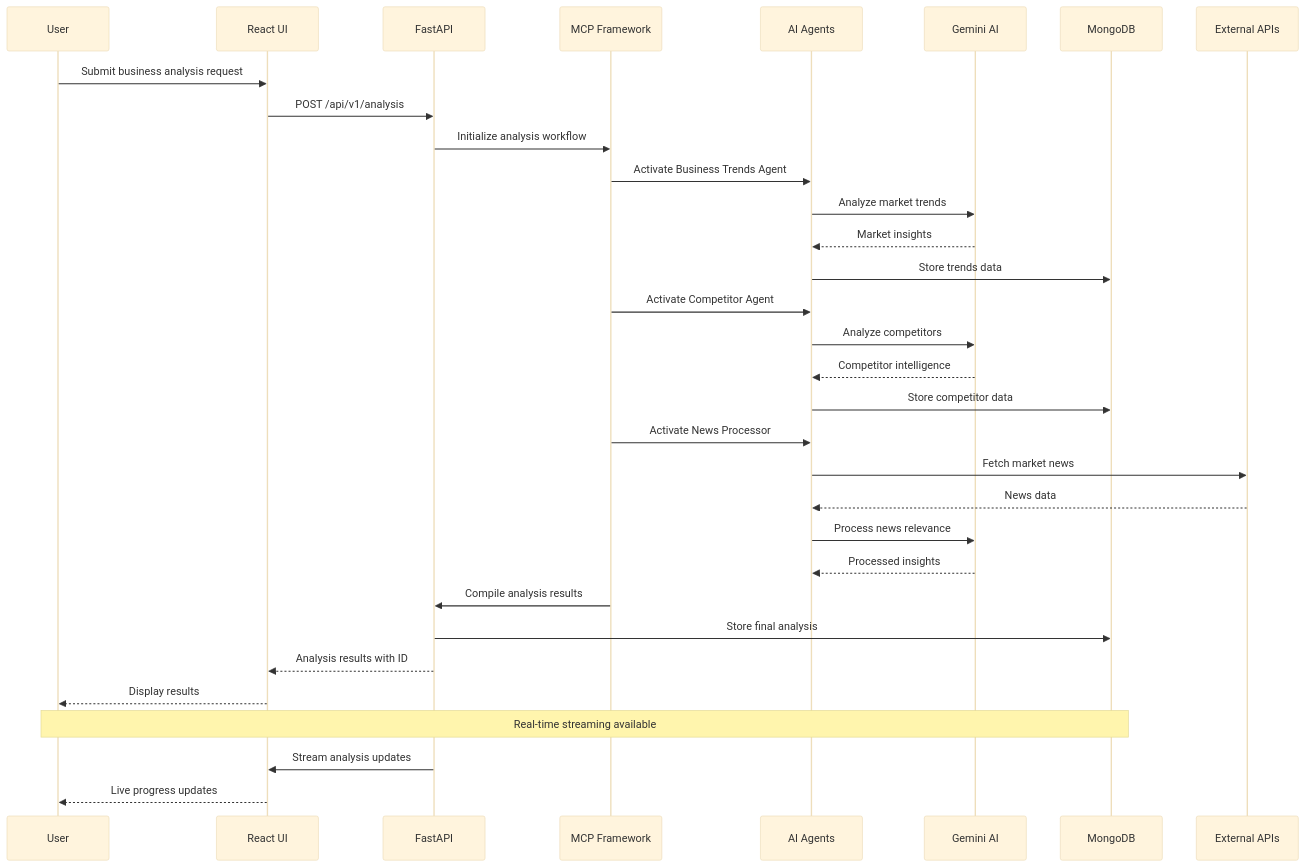
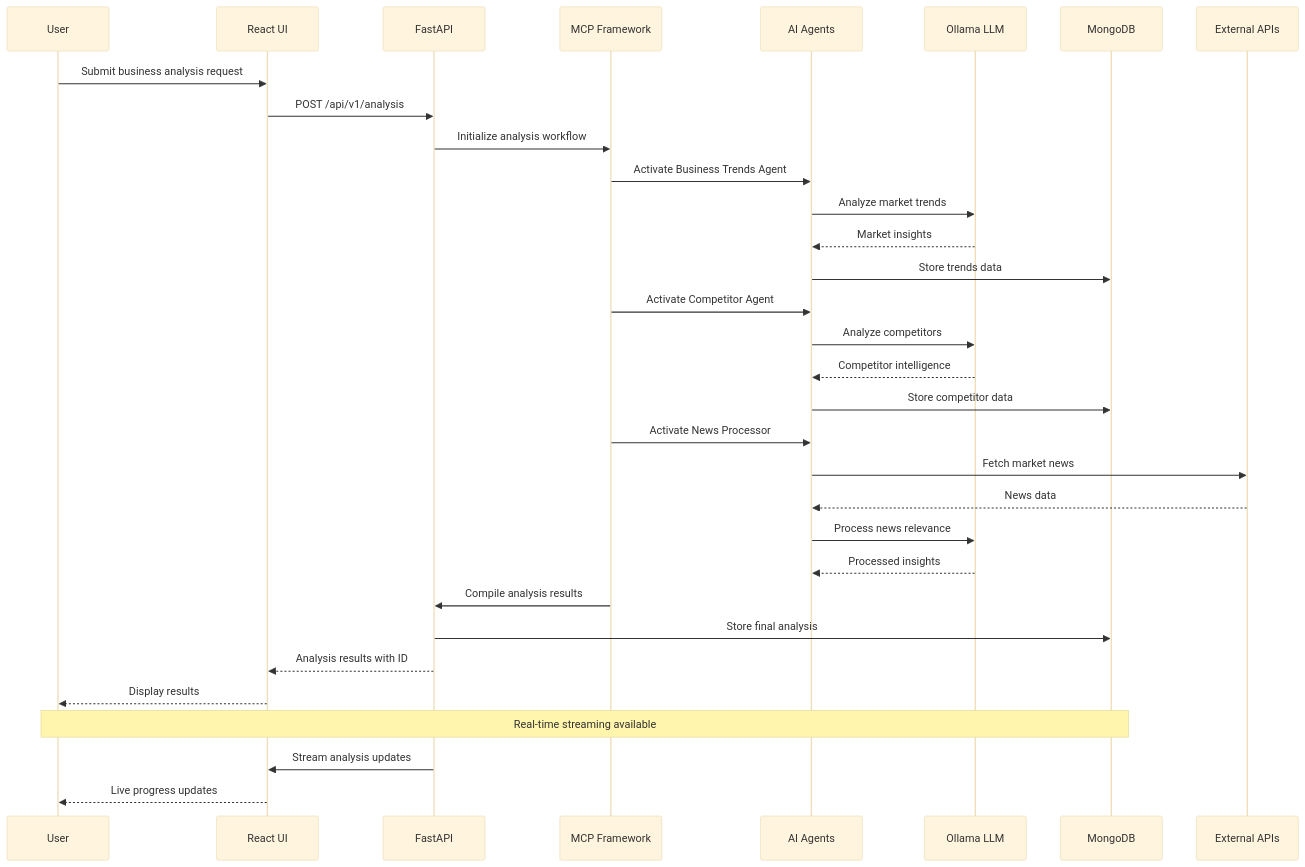
Before and after one commit to ChamsFares/Opportunity_Detetion_AI_platform: the third of 15 diagrams in DOCUMENTATION.md, drawn with Mermaid (base theme). The commit also changed other lines of this file and 2 other files, not shown here.

````diff
--- a/DOCUMENTATION.md
+++ b/DOCUMENTATION.md
@@ -204,39 +204,39 @@
 ```mermaid
 sequenceDiagram
     participant USER as User
     participant UI as React UI
     participant API as FastAPI
     participant MCP as MCP Framework
     participant AGENTS as AI Agents
-    participant GEMINI as Gemini AI
+    participant OLLAMA as Ollama LLM
     participant DB as MongoDB
     
     USER->>UI: Submit business analysis request
     UI->>API: POST /api/v1/analysis
     API->>MCP: Initialize analysis workflow
     
     MCP->>AGENTS: Activate Business Trends Agent
-    AGENTS->>GEMINI: Analyze market trends
-    GEMINI-->>AGENTS: Market insights
+    AGENTS->>OLLAMA: Analyze market trends
+    OLLAMA-->>AGENTS: Market insights
     AGENTS->>DB: Store trends data
     
     MCP->>AGENTS: Activate Competitor Agent
-    AGENTS->>GEMINI: Analyze competitors
-    GEMINI-->>AGENTS: Competitor intelligence
+    AGENTS->>OLLAMA: Analyze competitors
+    OLLAMA-->>AGENTS: Competitor intelligence
     AGENTS->>DB: Store competitor data
     
     MCP->>AGENTS: Activate News Processor
     AGENTS->>External APIs: Fetch market news
     External APIs-->>AGENTS: News data
-    AGENTS->>GEMINI: Process news relevance
-    GEMINI-->>AGENTS: Processed insights
+    AGENTS->>OLLAMA: Process news relevance
+    OLLAMA-->>AGENTS: Processed insights
     
     MCP->>API: Compile analysis results
     API->>DB: Store final analysis
     API-->>UI: Analysis results with ID
     UI-->>USER: Display results
     
     Note over USER,DB: Real-time streaming available
     API->>UI: Stream analysis updates
     UI-->>USER: Live progress updates
 ```
````
